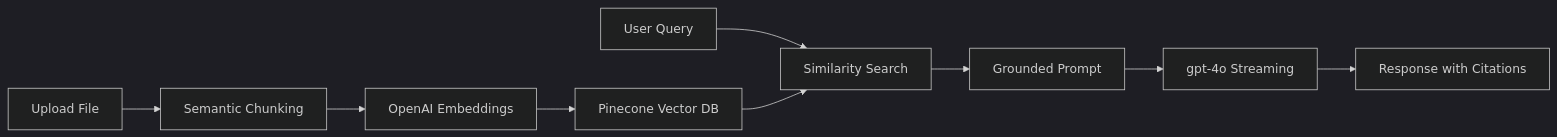
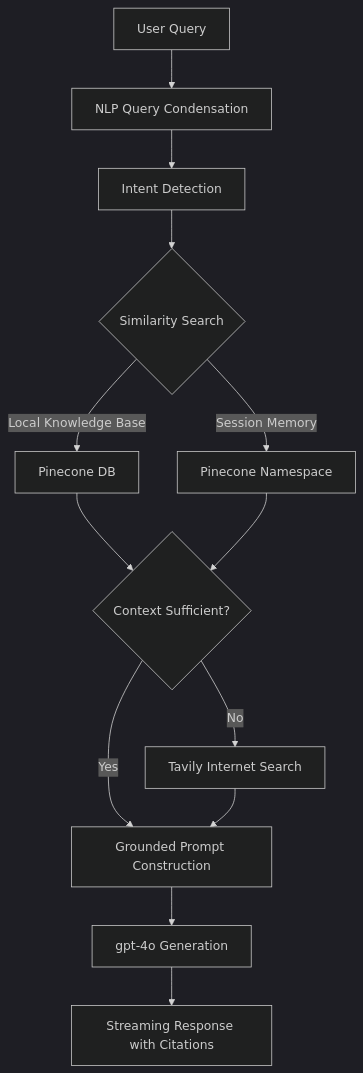
Before and after one commit to rahul-bhatt43/knowledge-rag: the diagram in README.md, drawn with Mermaid (dark theme). The commit also changed other lines of this file and 2 other files, not shown here.

Commit message:
update: reamde's

````diff
--- a/README.md
+++ b/README.md
@@ -84,11 +86,15 @@
 ```mermaid
-graph LR
-    A[Upload File] --> B[Semantic Chunking]
-    B --> C[OpenAI Embeddings]
-    C --> D[Pinecone Vector DB]
-    E[User Query] --> F[Similarity Search]
-    D --> F
-    F --> G[Grounded Prompt]
-    G --> H[gpt-4o Streaming]
-    H --> I[Response with Citations]
+graph TD
+    A[User Query] --> B[NLP Query Condensation]
+    B --> C[Intent Detection]
+    C --> D{Similarity Search}
+    D -- Local Knowledge Base --> E[Pinecone DB]
+    D -- Session Memory --> F[Pinecone Namespace]
+    E --> G{Context Sufficient?}
+    F --> G
+    G -- No --> H[Tavily Internet Search]
+    G -- Yes --> I[Grounded Prompt Construction]
+    H --> I
+    I --> J[gpt-4o Generation]
+    J --> K[Streaming Response with Citations]
 ```
````
